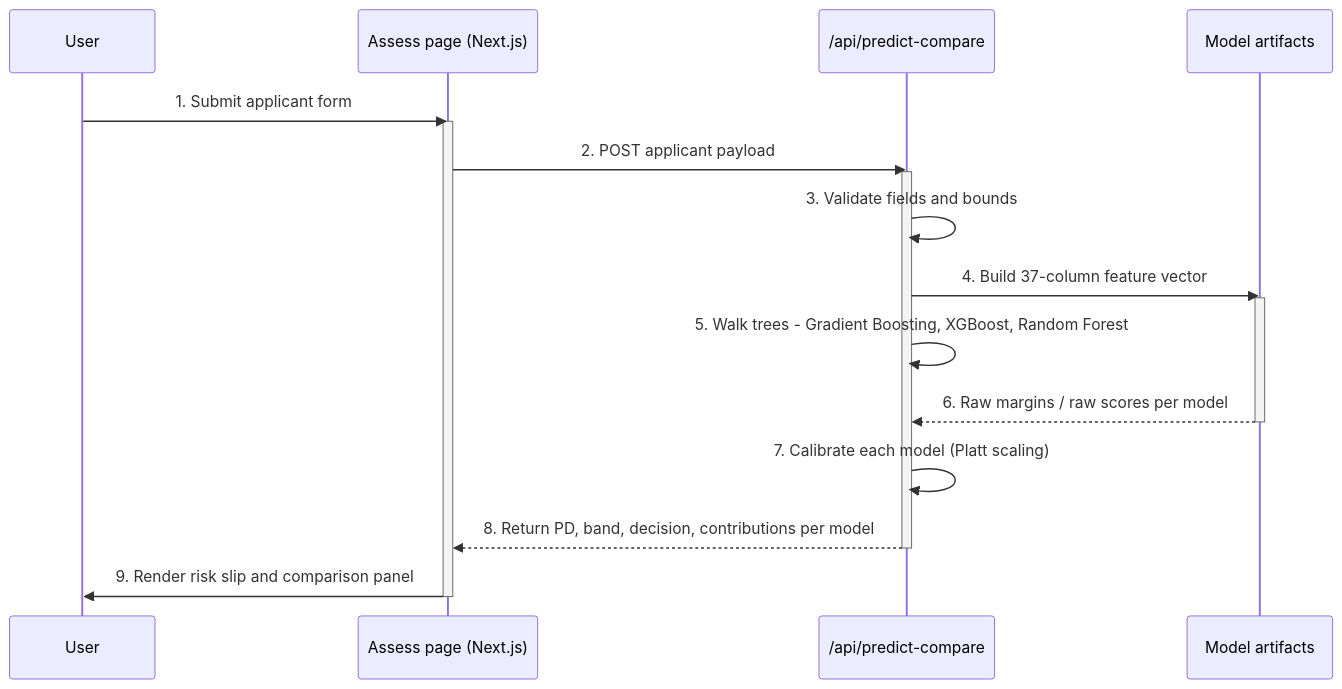
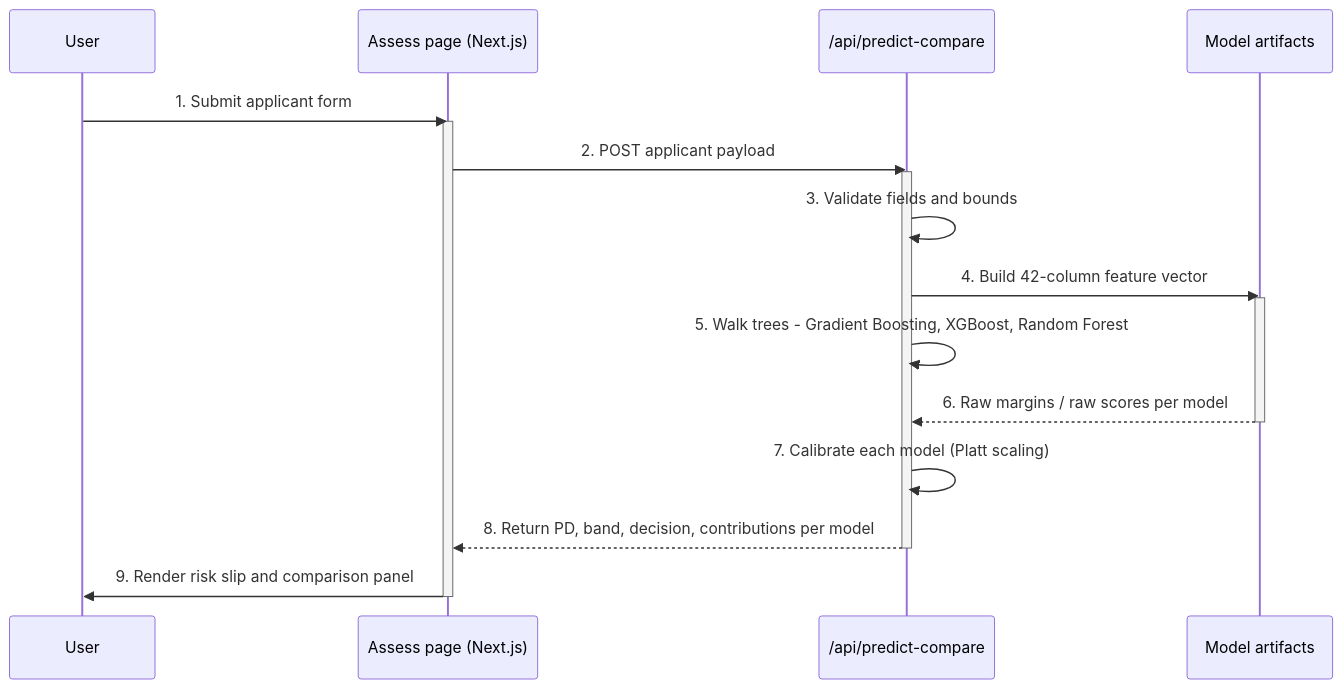
The diagram in report/diagrams/fig-3-predict-sequence.mmd (gursimrannkaurr/credoscore), drawn with Mermaid before and after one commit. The commit also changed 28 other files, not shown here.

```diff
--- a/report/diagrams/fig-3-predict-sequence.mmd
+++ b/report/diagrams/fig-3-predict-sequence.mmd
@@ -1,21 +1,21 @@
 sequenceDiagram
     participant User
     participant Assess as Assess page (Next.js)
     participant API as /api/predict-compare
     participant Model as Model artifacts
 
     User->>Assess: 1. Submit applicant form
     activate Assess
     Assess->>API: 2. POST applicant payload
     activate API
     API->>API: 3. Validate fields and bounds
-    API->>Model: 4. Build 37-column feature vector
+    API->>Model: 4. Build 42-column feature vector
     activate Model
     API->>API: 5. Walk trees - Gradient Boosting, XGBoost, Random Forest
     Model-->>API: 6. Raw margins / raw scores per model
     deactivate Model
     API->>API: 7. Calibrate each model (Platt scaling)
     API-->>Assess: 8. Return PD, band, decision, contributions per model
     deactivate API
     Assess->>User: 9. Render risk slip and comparison panel
     deactivate Assess
```
